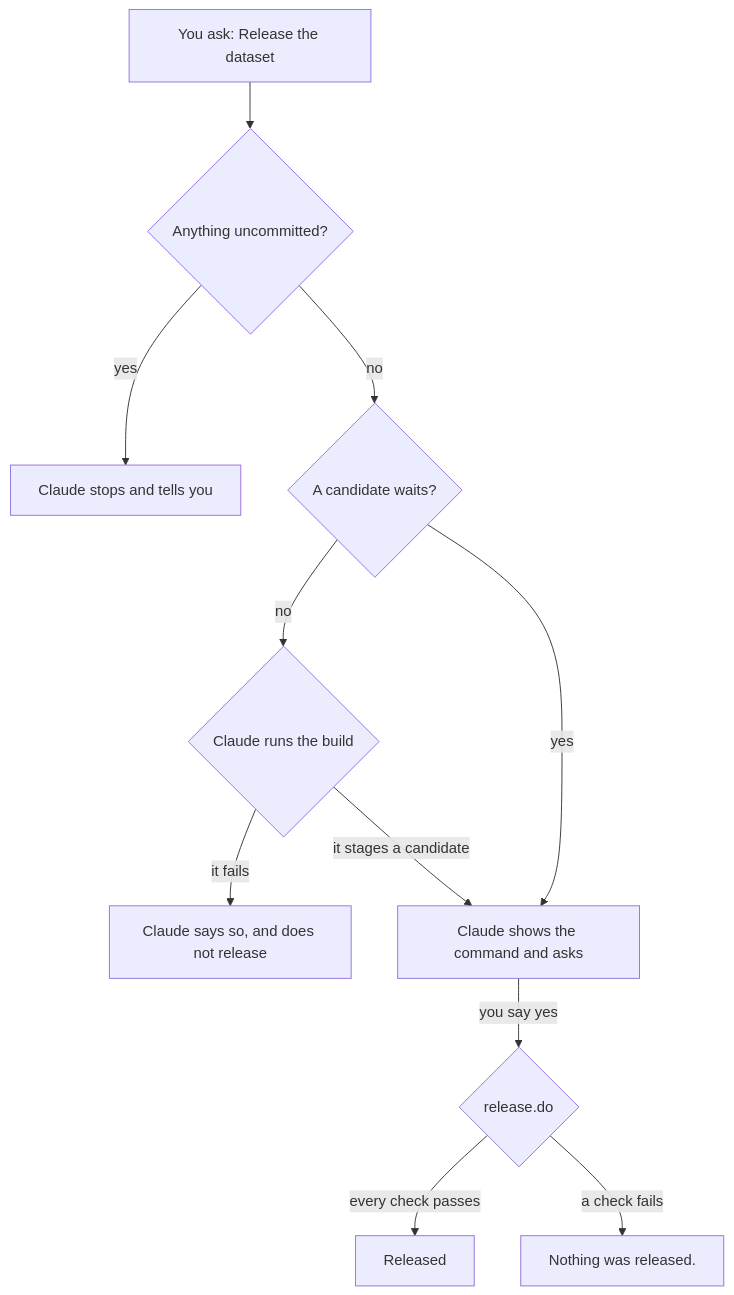
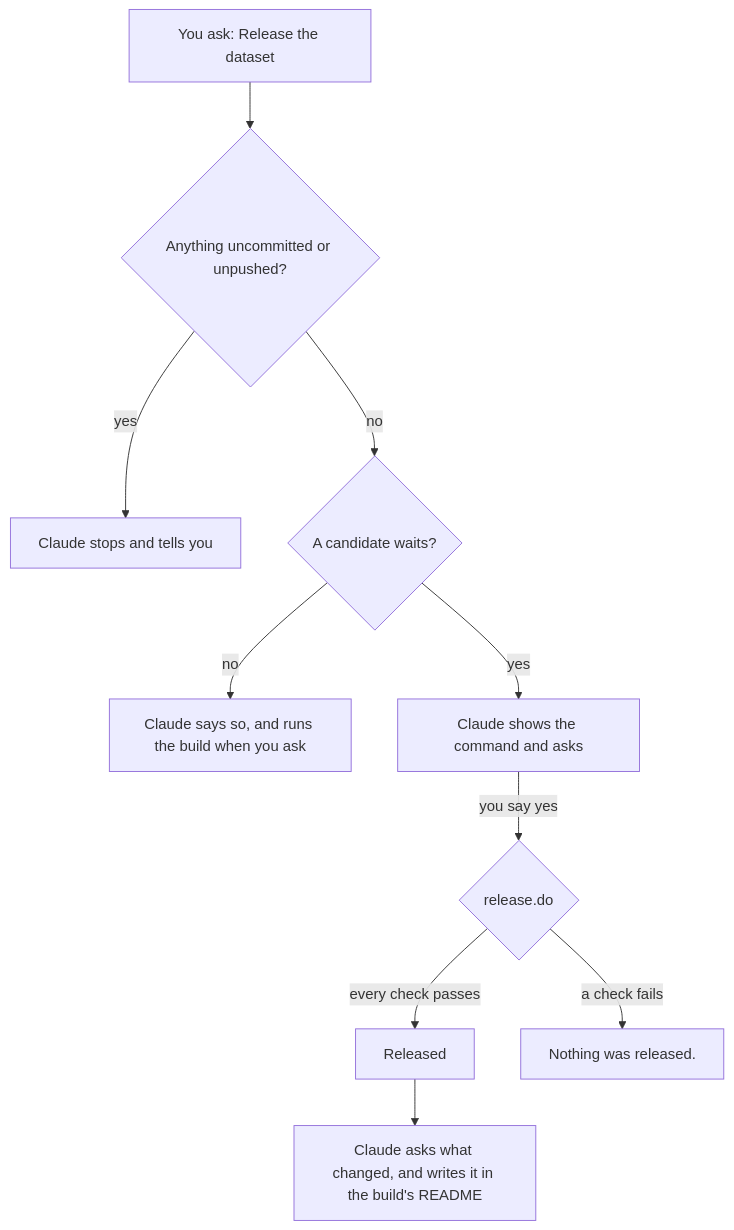
One commit to unifr-ecopub/handbook changed the diagram in curator/release-a-version.md. Above: the diagram before and after it, drawn with Mermaid. The commit also changed other lines of this file and 2 other files, not shown here.

Commit message:
Release a version follows the skill release: a candidate is released once its code is pushed as it was at the build, the Released and Next lines as release.do prints them, and Claude writes the line on what changed; the messages page follows build.do and release.do

````diff
--- a/curator/release-a-version.md
+++ b/curator/release-a-version.md
@@ -5,13 +5,12 @@
 ```mermaid
 flowchart TD
-  A["You ask: Release the dataset"] --> B{"Anything uncommitted?"}
+  A["You ask: Release the dataset"] --> B{"Anything uncommitted or unpushed?"}
   B -->|"yes"| S["Claude stops and tells you"]
   B -->|"no"| C{"A candidate waits?"}
-  C -->|"no"| R{"Claude runs the build"}
-  R -->|"it fails"| X["Claude says so, and does not release"]
-  R -->|"it stages a candidate"| Q
+  C -->|"no"| R["Claude says so, and runs the build when you ask"]
   C -->|"yes"| Q["Claude shows the command and asks"]
   Q -->|"you say yes"| D{"release.do"}
   D -->|"every check passes"| E["Released"]
   D -->|"a check fails"| F["Nothing was released."]
+  E --> L["Claude asks what changed, and writes it in the build's README"]
 ```
````
